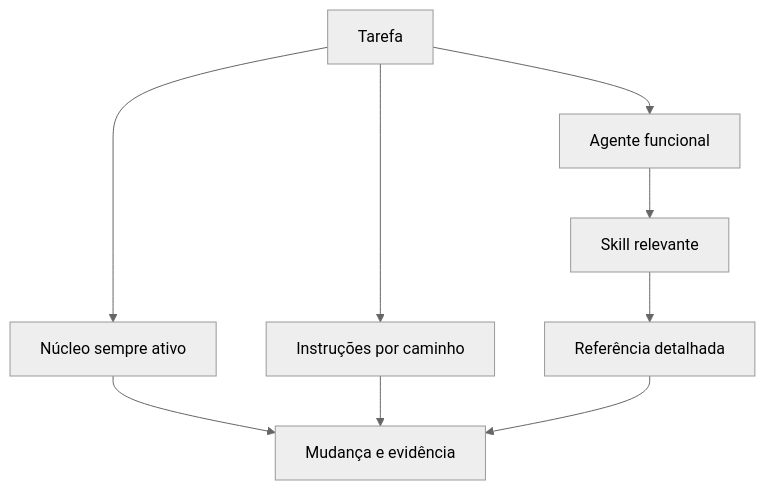
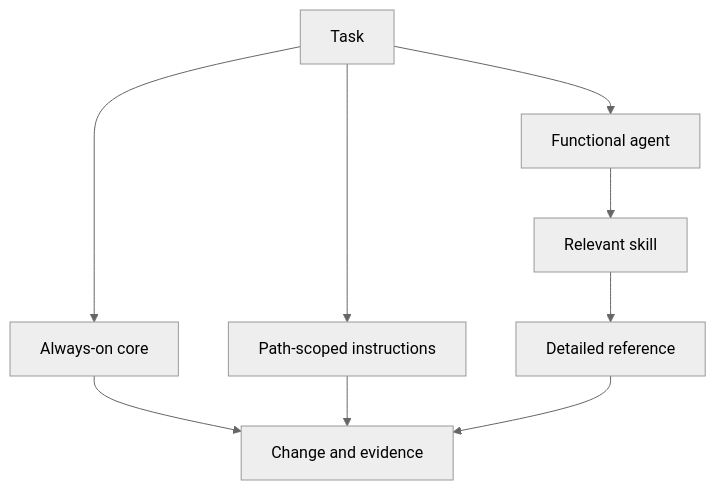
One commit to placerda/agentic-engineering changed the diagram in docs/agentic-development-model.md. Above: the diagram before and after it, drawn with Mermaid (neutral theme). The commit also changed other lines of this file and 36 other files, not shown here.

````diff
--- a/docs/agentic-development-model.md
+++ b/docs/agentic-development-model.md
@@ -14,11 +14,11 @@
 ```mermaid
 flowchart TD
-  Task[Tarefa] --> Core[Núcleo sempre ativo]
-  Task --> Scope[Instruções por caminho]
-  Task --> Agent[Agente funcional]
-  Agent --> Skill[Skill relevante]
-  Skill --> Reference[Referência detalhada]
-  Core --> Work[Mudança e evidência]
+  Task[Task] --> Core[Always-on core]
+  Task --> Scope[Path-scoped instructions]
+  Task --> Agent[Functional agent]
+  Agent --> Skill[Relevant skill]
+  Skill --> Reference[Detailed reference]
+  Core --> Work[Change and evidence]
   Scope --> Work
   Reference --> Work
 ```
````
